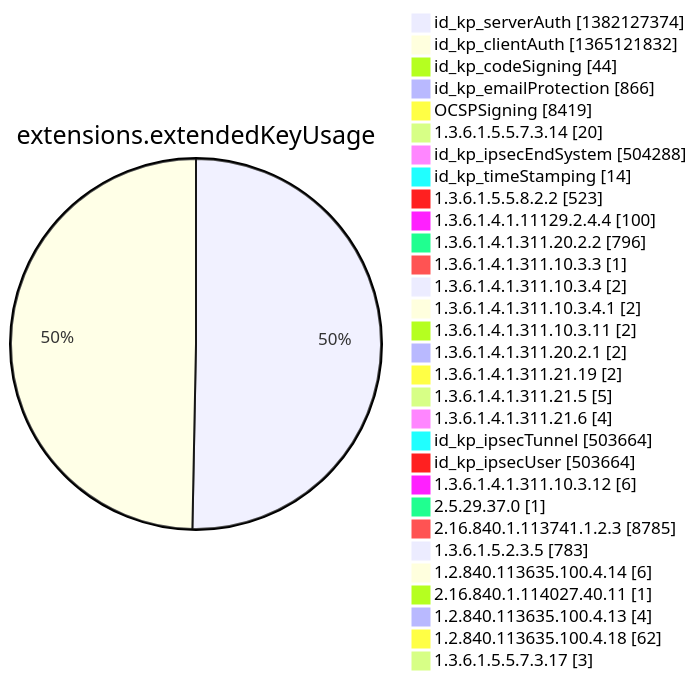
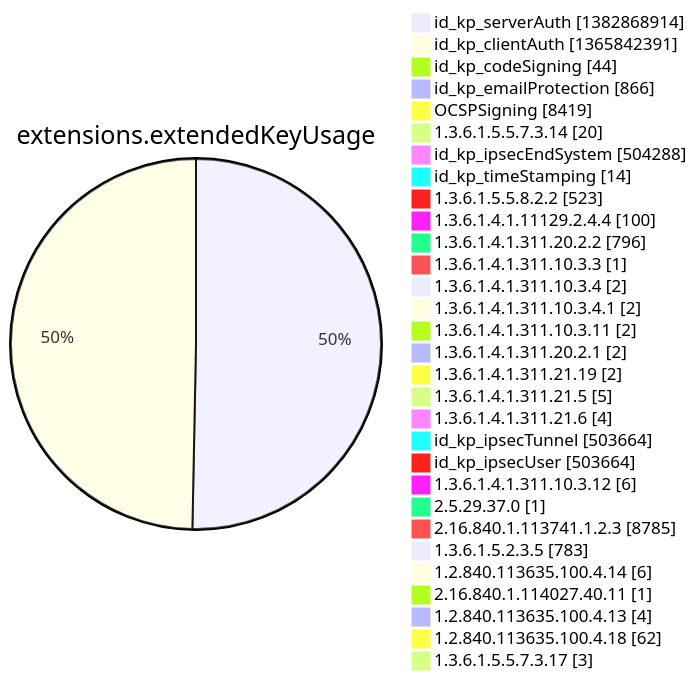
Diagram 12 of 15 in argon2022/README.md (christiankrug/ctmonitor_visualization), drawn with Mermaid before and after one commit. The commit also changed other lines of this file, not shown here.

````diff
--- a/argon2022/README.md
+++ b/argon2022/README.md
@@ -3554,34 +3554,34 @@
 ```mermaid
 pie showData
 title extensions.extendedKeyUsage
-"id_kp_serverAuth" :1382127374
-"id_kp_clientAuth" :1365121832
+"id_kp_serverAuth" :1382868914
+"id_kp_clientAuth" :1365842391
 "id_kp_codeSigning" :44
 "id_kp_emailProtection" :866
 "OCSPSigning" :8419
 "1.3.6.1.5.5.7.3.14" :20
 "id_kp_ipsecEndSystem" :504288
 "id_kp_timeStamping" :14
 "1.3.6.1.5.5.8.2.2" :523
 "1.3.6.1.4.1.11129.2.4.4" :100
 "1.3.6.1.4.1.311.20.2.2" :796
 "1.3.6.1.4.1.311.10.3.3" :1
 "1.3.6.1.4.1.311.10.3.4" :2
 "1.3.6.1.4.1.311.10.3.4.1" :2
 "1.3.6.1.4.1.311.10.3.11" :2
 "1.3.6.1.4.1.311.20.2.1" :2
 "1.3.6.1.4.1.311.21.19" :2
 "1.3.6.1.4.1.311.21.5" :5
 "1.3.6.1.4.1.311.21.6" :4
 "id_kp_ipsecTunnel" :503664
 "id_kp_ipsecUser" :503664
 "1.3.6.1.4.1.311.10.3.12" :6
 "2.5.29.37.0" :1
 "2.16.840.1.113741.1.2.3" :8785
 "1.3.6.1.5.2.3.5" :783
 "1.2.840.113635.100.4.14" :6
 "2.16.840.1.114027.40.11" :1
 "1.2.840.113635.100.4.13" :4
 "1.2.840.113635.100.4.18" :62
 "1.3.6.1.5.5.7.3.17" :3
 ```
````
